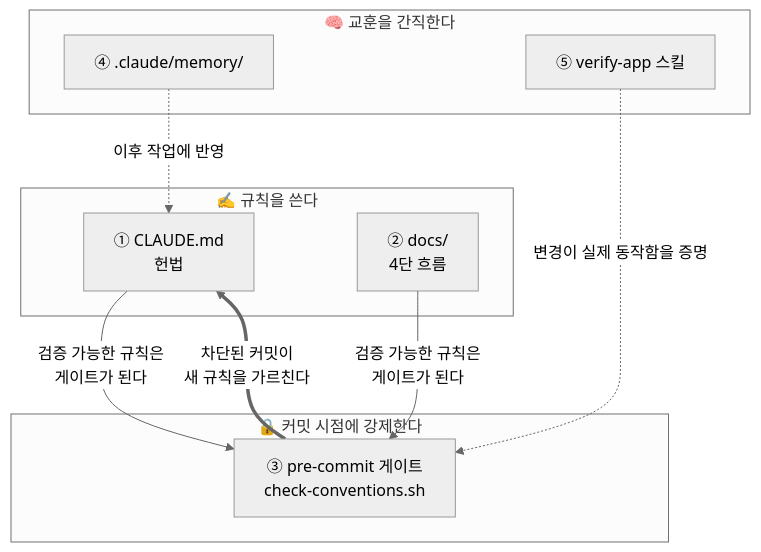
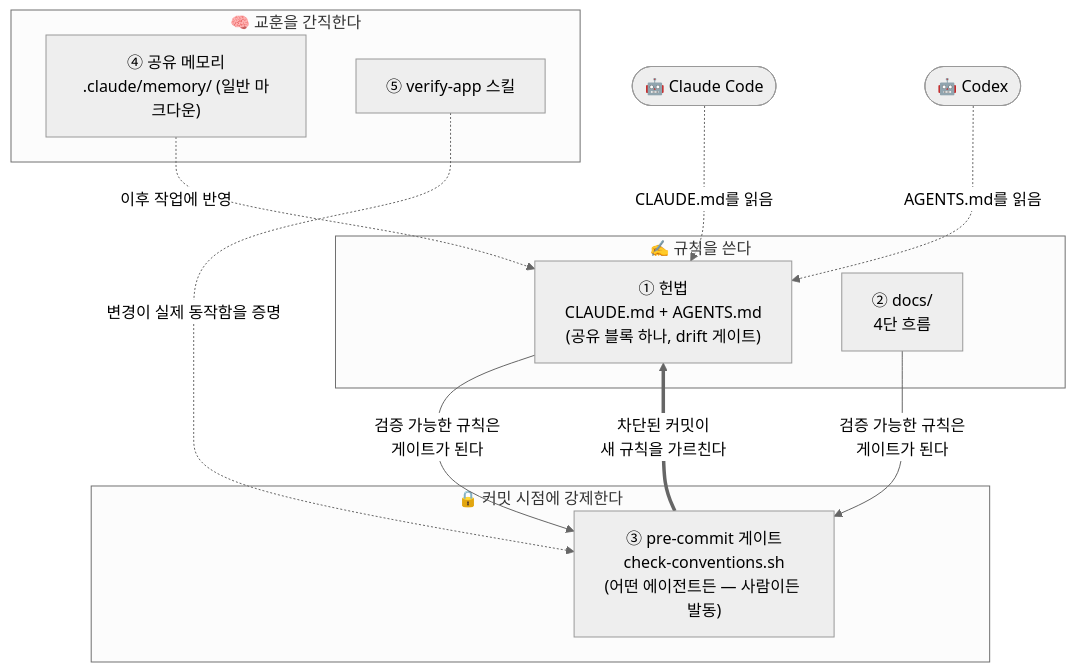
The first of 5 diagrams in README.ko.md (icurfer/ic-praxis), drawn with Mermaid (neutral theme) before and after one commit. The commit also changed other lines of this file and 1 other file, not shown here.

First line of the commit message:
docs: agent-neutral README diagrams — Codex alongside Claude Code

````diff
--- a/README.ko.md
+++ b/README.ko.md
@@ -73,20 +73,22 @@
 ```mermaid
 flowchart TB
     subgraph WRITE["✍️ 규칙을 쓴다"]
-        A1["① CLAUDE.md<br/>헌법"]
+        A1["① 헌법<br/>CLAUDE.md + AGENTS.md<br/>(공유 블록 하나, drift 게이트)"]
         A2["② docs/<br/>4단 흐름"]
     end
     subgraph ENFORCE["🔒 커밋 시점에 강제한다"]
-        A3["③ pre-commit 게이트<br/>check-conventions.sh"]
+        A3["③ pre-commit 게이트<br/>check-conventions.sh<br/>(어떤 에이전트든 — 사람이든 발동)"]
     end
     subgraph RETAIN["🧠 교훈을 간직한다"]
-        A4["④ .claude/memory/"]
+        A4["④ 공유 메모리<br/>.claude/memory/ (일반 마크다운)"]
         A5["⑤ verify-app 스킬"]
     end
 
+    CC(["🤖 Claude Code"]) -. "CLAUDE.md를 읽음" .-> A1
+    CX(["🤖 Codex"]) -. "AGENTS.md를 읽음" .-> A1
     A1 -- "검증 가능한 규칙은<br/>게이트가 된다" --> A3
     A2 -- "검증 가능한 규칙은<br/>게이트가 된다" --> A3
     A3 == "차단된 커밋이<br/>새 규칙을 가르친다" ==> A1
     A4 -. "이후 작업에 반영" .-> A1
     A5 -. "변경이 실제 동작함을 증명" .-> A3
 ```
````
